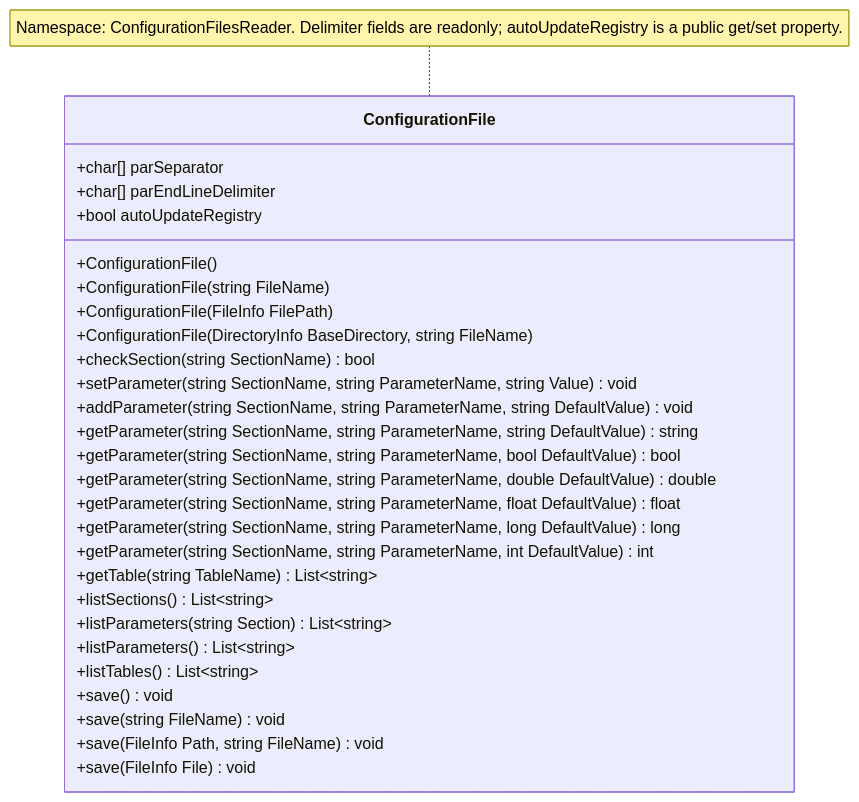
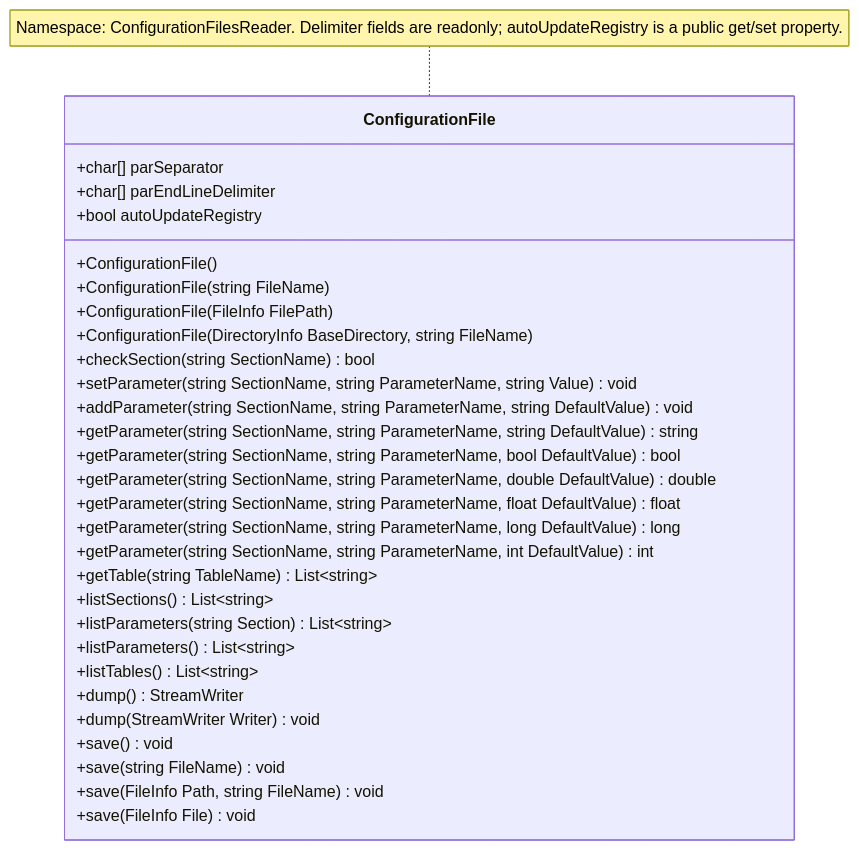
One commit to delloiaconos/IniLike changed the diagram in README.md. Above: the diagram before and after it, drawn with Mermaid. The commit also changed other lines of this file and 2 other files, not shown here.

Commit message:
Added dump(), returning a flushed, rewound StreamWriter backed by memory.

````diff
--- a/README.md
+++ b/README.md
@@ -77,31 +77,33 @@
 ```mermaid
 classDiagram
     class ConfigurationFile {
         +char[] parSeparator
         +char[] parEndLineDelimiter
         +bool autoUpdateRegistry
         +ConfigurationFile()
         +ConfigurationFile(string FileName)
         +ConfigurationFile(FileInfo FilePath)
         +ConfigurationFile(DirectoryInfo BaseDirectory, string FileName)
         +checkSection(string SectionName) bool
         +setParameter(string SectionName, string ParameterName, string Value) void
         +addParameter(string SectionName, string ParameterName, string DefaultValue) void
         +getParameter(string SectionName, string ParameterName, string DefaultValue) string
         +getParameter(string SectionName, string ParameterName, bool DefaultValue) bool
         +getParameter(string SectionName, string ParameterName, double DefaultValue) double
         +getParameter(string SectionName, string ParameterName, float DefaultValue) float
         +getParameter(string SectionName, string ParameterName, long DefaultValue) long
         +getParameter(string SectionName, string ParameterName, int DefaultValue) int
         +getTable(string TableName) List~string~
         +listSections() List~string~
         +listParameters(string Section) List~string~
         +listParameters() List~string~
         +listTables() List~string~
+        +dump() StreamWriter
+        +dump(StreamWriter Writer) void
         +save() void
         +save(string FileName) void
         +save(FileInfo Path, string FileName) void
         +save(FileInfo File) void
     }
     note for ConfigurationFile "Namespace: ConfigurationFilesReader. Delimiter fields are readonly; autoUpdateRegistry is a public get/set property."
 ```
````
